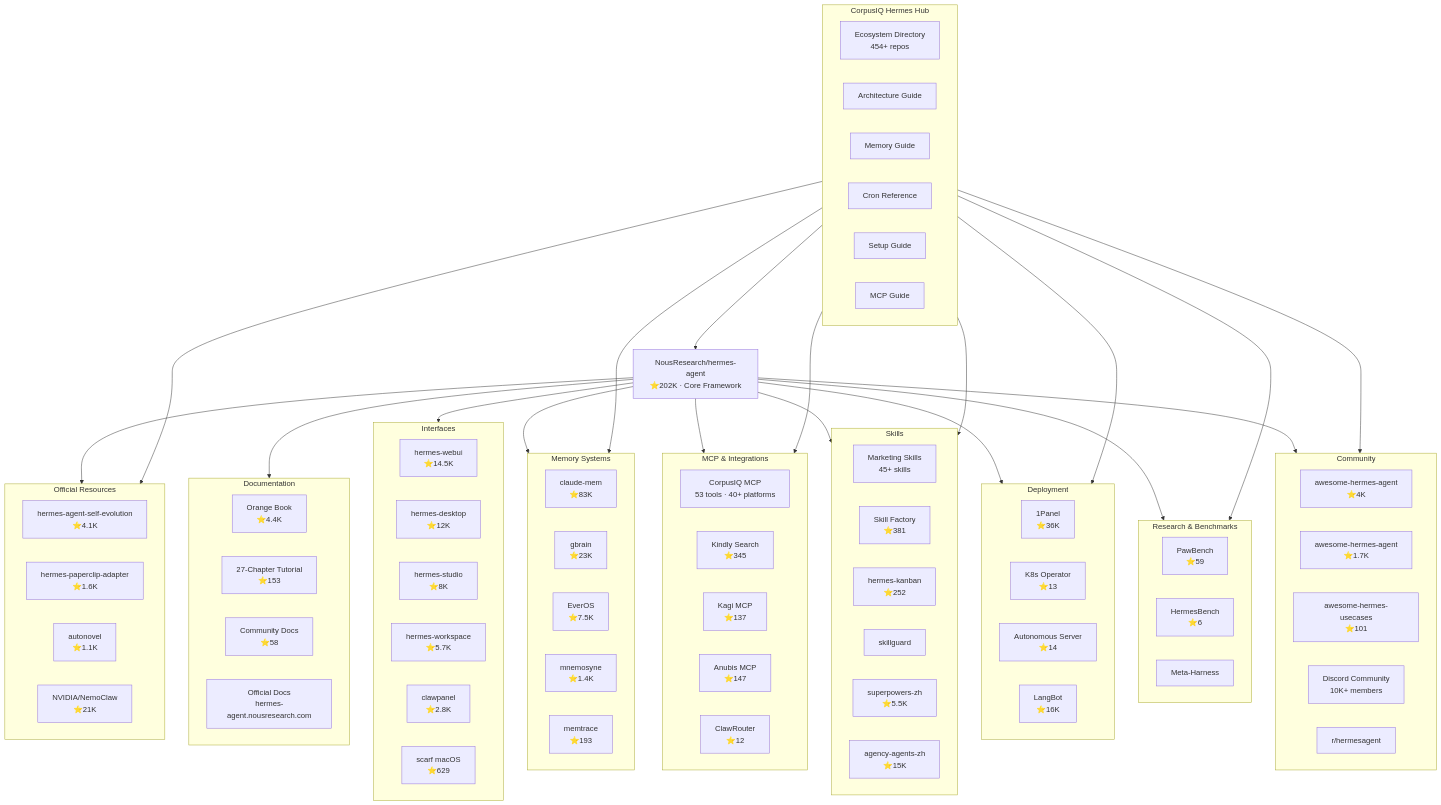
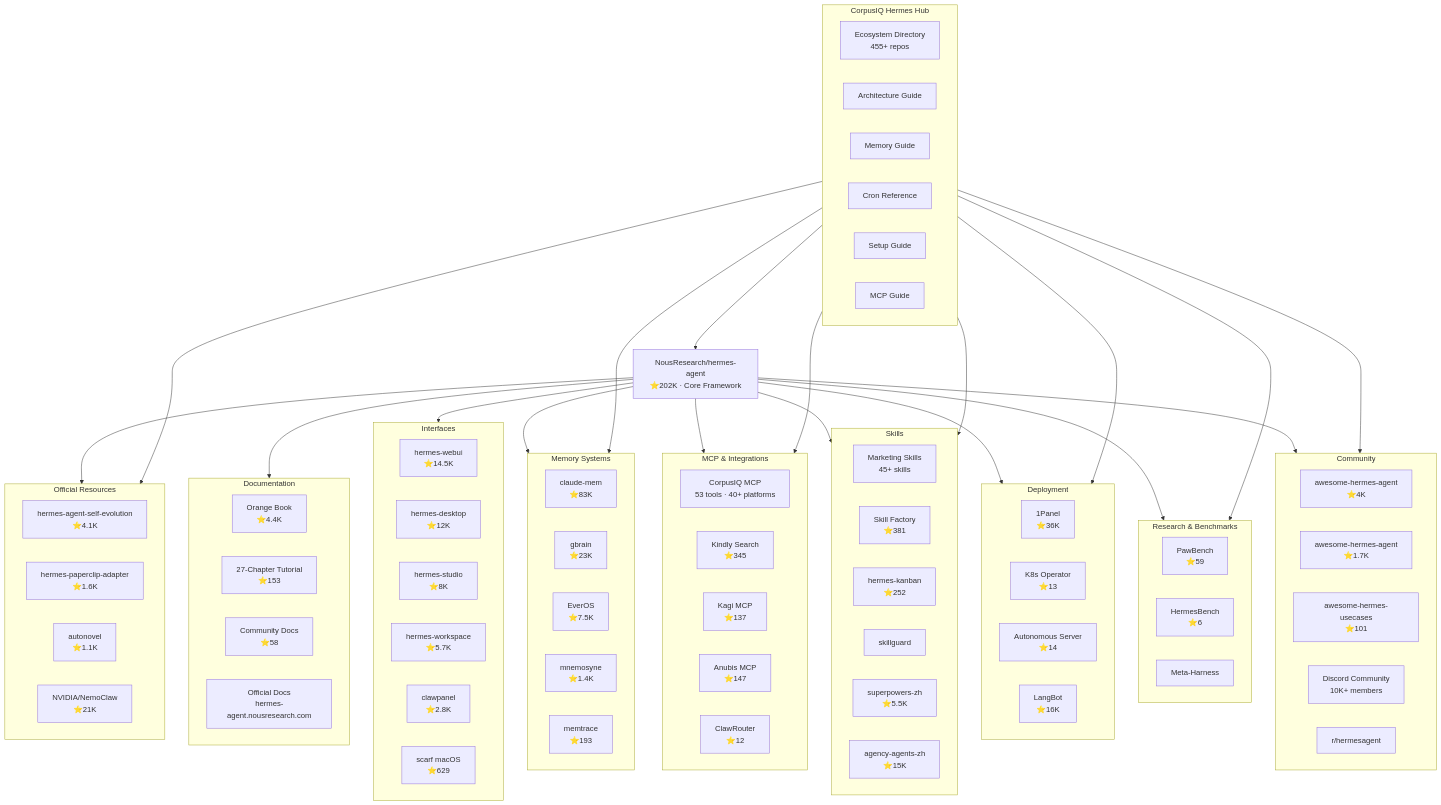
The first of 4 diagrams in hermes/ecosystem-map.md (CorpusIQ/corpusiq-docs), drawn with Mermaid before and after one commit. The commit also changed other lines of this file and 36 other files, not shown here.

First line of the commit message:
chore(stamps): reconcile 37 ecosystem count stamps to 455+ (directory truth)

```diff
--- a/hermes/ecosystem-map.md
+++ b/hermes/ecosystem-map.md
@@ -88,7 +88,7 @@
     end
 
     subgraph CORPUSIQ_HUB[CorpusIQ Hermes Hub]
-        ECOSYSTEM[Ecosystem Directory<br/>454+ repos]
+        ECOSYSTEM[Ecosystem Directory<br/>455+ repos]
         ARCHITECTURE[Architecture Guide]
         KNOWLEDGE[Memory Guide]
         CRONS[Cron Reference]
```
